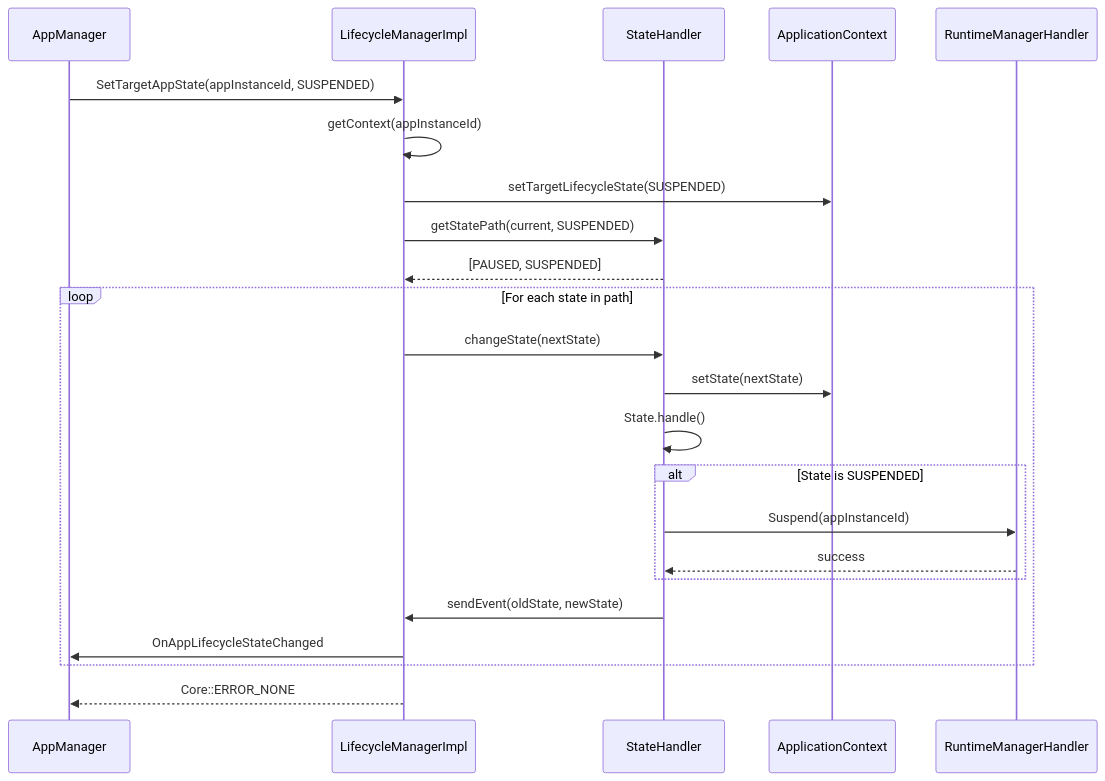
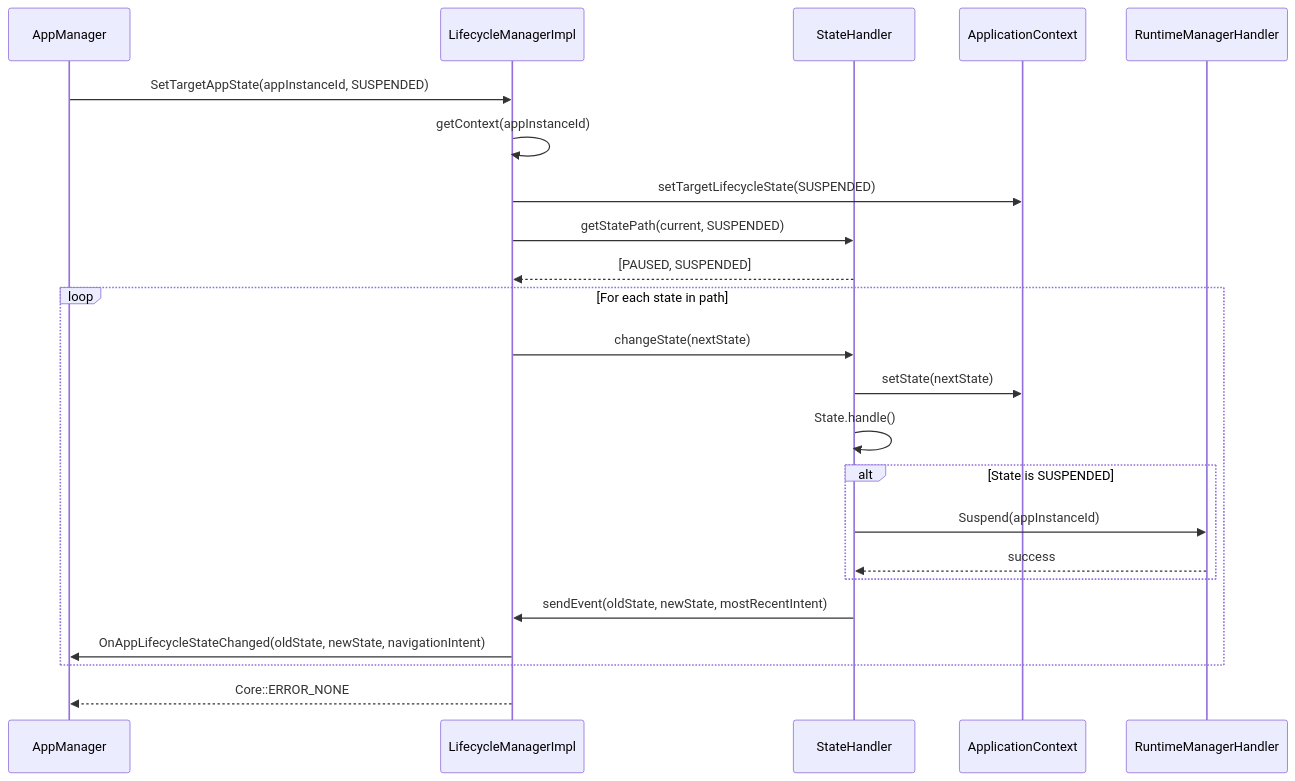
The fifth of 8 diagrams in LifecycleManager/LifecycleManager.md (rdkcentral/entservices-appmanagers), drawn with Mermaid before and after one commit. The commit also changed 9 other files, not shown here.

Commit message:
RDKEMW-27085 : send navigation intent for all states (#654)

````diff
--- a/LifecycleManager/LifecycleManager.md
+++ b/LifecycleManager/LifecycleManager.md
@@ -495,28 +495,28 @@
 ```mermaid
 sequenceDiagram
     participant AM as AppManager
     participant LCM as LifecycleManagerImpl
     participant SH as StateHandler
     participant AC as ApplicationContext
     participant RMH as RuntimeManagerHandler
 
     AM->>LCM: SetTargetAppState(appInstanceId, SUSPENDED)
     LCM->>LCM: getContext(appInstanceId)
     LCM->>AC: setTargetLifecycleState(SUSPENDED)
     LCM->>SH: getStatePath(current, SUSPENDED)
     SH-->>LCM: [PAUSED, SUSPENDED]
     
     loop For each state in path
         LCM->>SH: changeState(nextState)
         SH->>AC: setState(nextState)
         SH->>SH: State.handle()
         alt State is SUSPENDED
             SH->>RMH: Suspend(appInstanceId)
             RMH-->>SH: success
         end
-        SH->>LCM: sendEvent(oldState, newState)
-        LCM->>AM: OnAppLifecycleStateChanged
+        SH->>LCM: sendEvent(oldState, newState, mostRecentIntent)
+        LCM->>AM: OnAppLifecycleStateChanged(oldState, newState, navigationIntent)
     end
     
     LCM-->>AM: Core::ERROR_NONE
 ```
````
